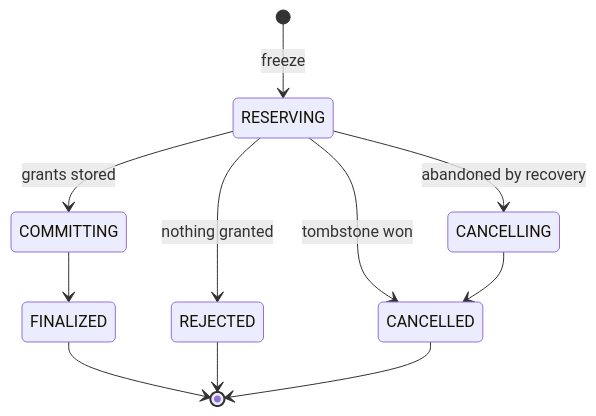
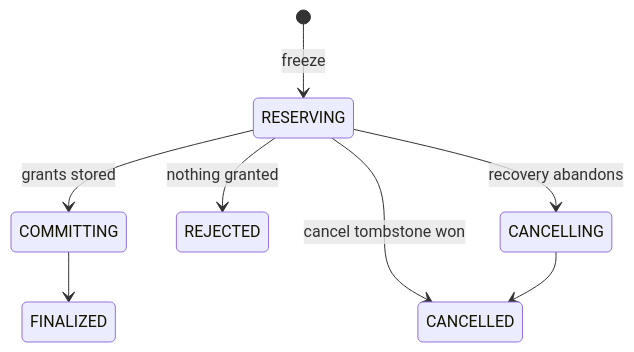
The eighth of 17 diagrams in domain-services/slides/slides.md (anecyz21/CS6510-2026), drawn with Mermaid before and after one commit. The commit also changed other lines of this file, not shown here.

````diff
--- a/domain-services/slides/slides.md
+++ b/domain-services/slides/slides.md
@@ -579,13 +222,10 @@
-```mermaid {scale: 0.75}
+```mermaid {scale: 0.66}
 stateDiagram-v2
   [*] --> RESERVING: freeze
   RESERVING --> COMMITTING: grants stored
   RESERVING --> REJECTED: nothing granted
-  RESERVING --> CANCELLING: abandoned by recovery
-  RESERVING --> CANCELLED: tombstone won
+  RESERVING --> CANCELLING: recovery abandons
+  RESERVING --> CANCELLED: cancel tombstone won
   CANCELLING --> CANCELLED
   COMMITTING --> FINALIZED
-  FINALIZED --> [*]
-  REJECTED --> [*]
-  CANCELLED --> [*]
 ```
````
